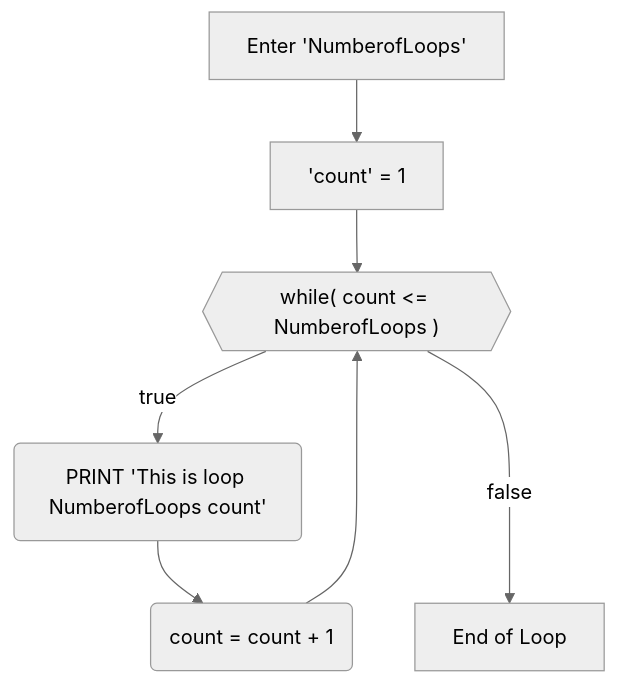
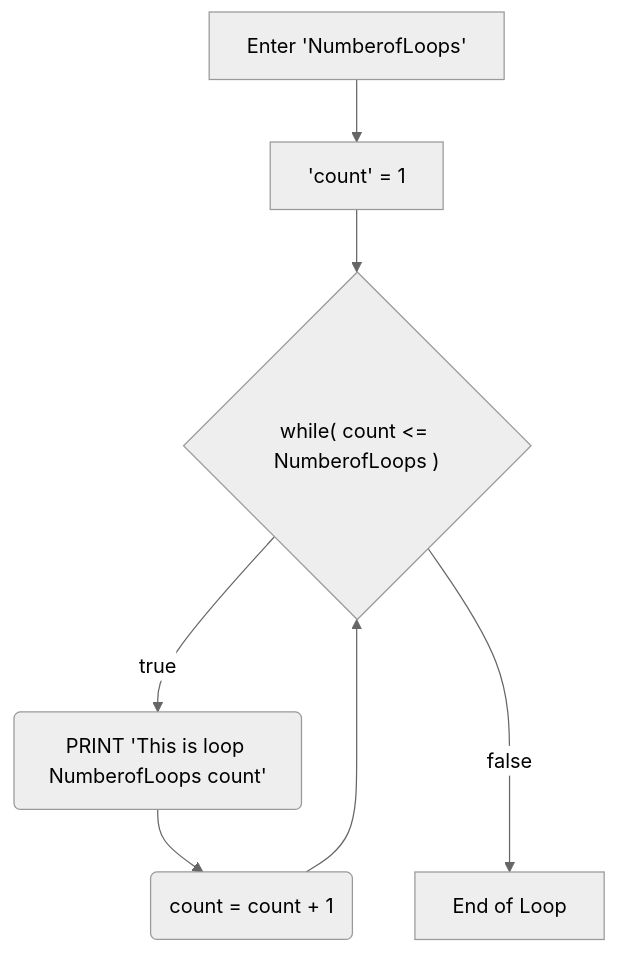
The second of 2 diagrams in 4pretest/README.md (amydevs/php-assignments), drawn with Mermaid (neutral theme) before and after one commit. The commit also changed other lines of this file and 1 other file, not shown here.

Commit message:
changed to squares

````diff
--- a/4pretest/README.md
+++ b/4pretest/README.md
@@ -38,11 +38,11 @@
 ```mermaid
 graph TD
 	enter["Enter 'NumberofLoops'"]
 	set["'count' = 1"]
-	while{{" while( count <= NumberofLoops ) "}}
+	while{" while( count <= NumberofLoops ) "}
 	do("PRINT 'This is loop NumberofLoops count'")
 	add("count = count + 1")
 	endofloop["End of Loop"]
 	enter --> set --> while -- true --> do --> add --> while
 	while -- false ---> endofloop["End of Loop"]
 ```
````
